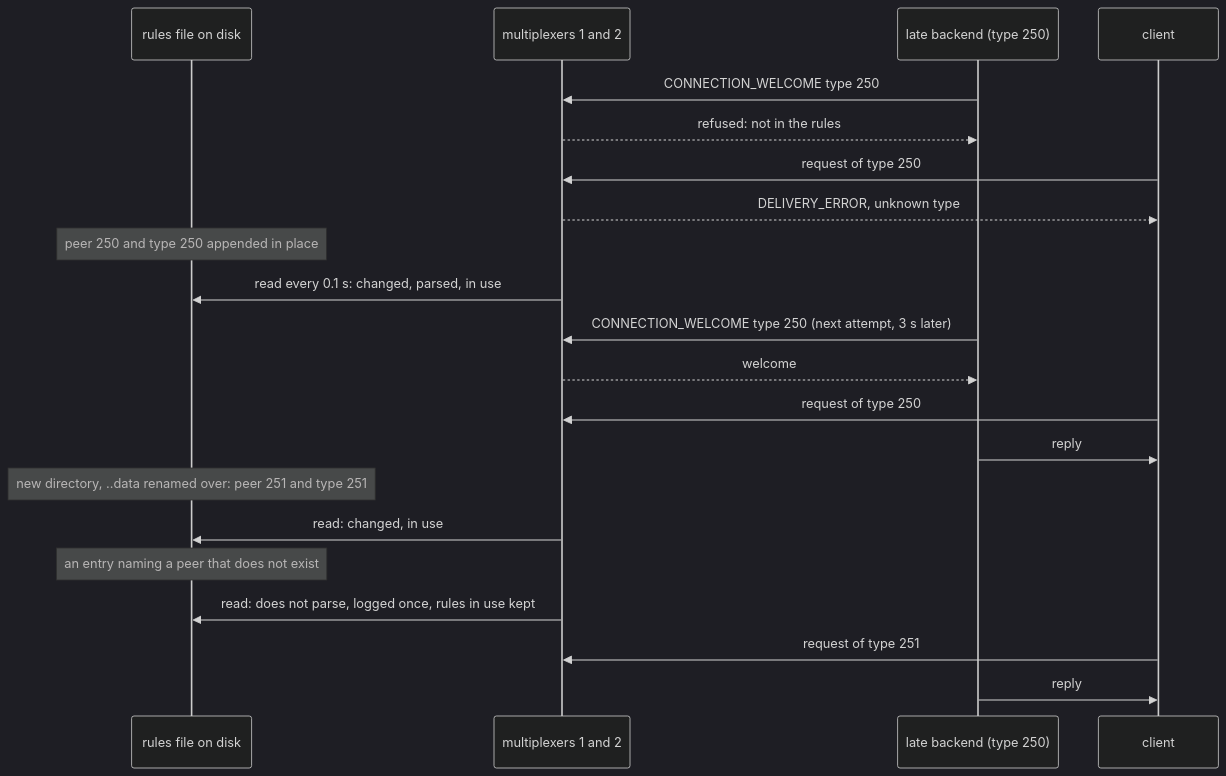
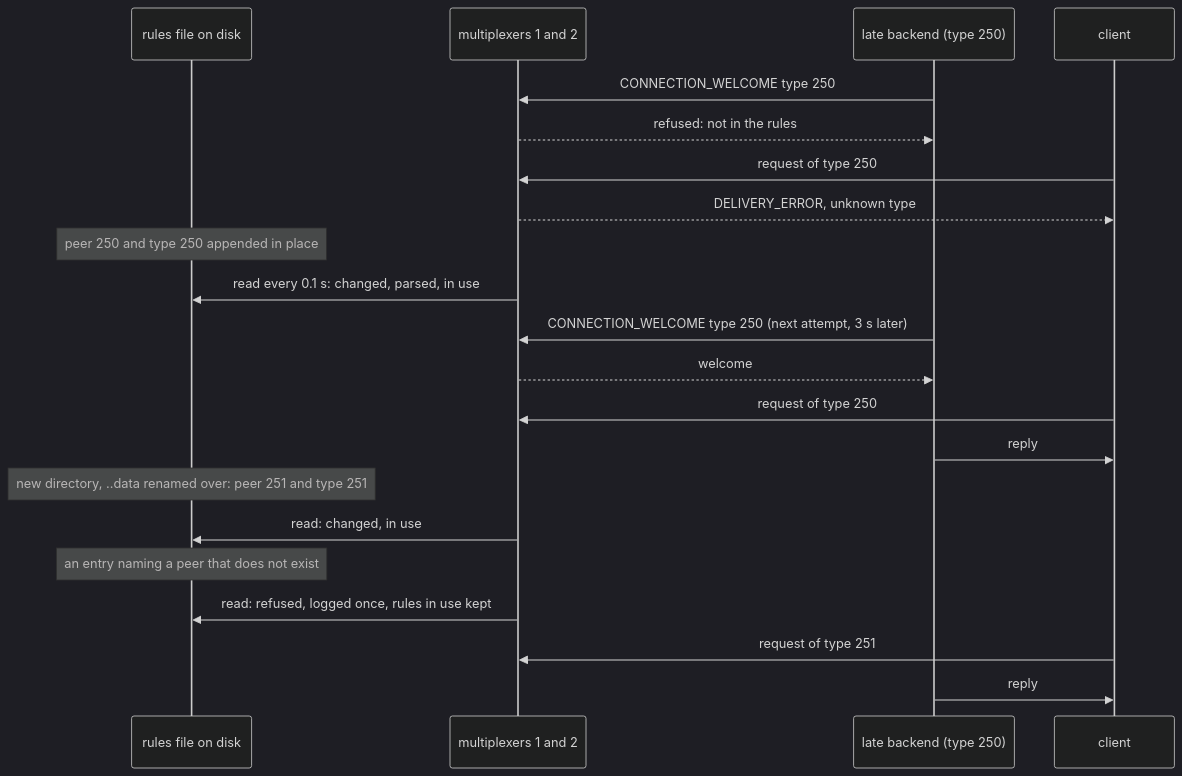
Before and after one commit to kulewski/multiplexer: the diagram in tests/scenarios/rules_edited_on_disk/README.md, drawn with Mermaid (dark theme). The commit also changed other lines of this file and 68 other files, not shown here.

First line of the commit message:
The multiplexer: the recording API and mxcontrol's recording commands, log lines written with write(2), rules files that cannot be read said with the reason, generate_constants, protocol types told to their sender

````diff
--- a/tests/scenarios/rules_edited_on_disk/README.md
+++ b/tests/scenarios/rules_edited_on_disk/README.md
@@ -24,23 +24,23 @@
 ```mermaid
 sequenceDiagram
     participant F as rules file on disk
     participant M as multiplexers 1 and 2
     participant B as late backend (type 250)
     participant C as client
     B->>M: CONNECTION_WELCOME type 250
     M-->>B: refused: not in the rules
     C->>M: request of type 250
     M-->>C: DELIVERY_ERROR, unknown type
     Note over F: peer 250 and type 250 appended in place
     M->>F: read every 0.1 s: changed, parsed, in use
     B->>M: CONNECTION_WELCOME type 250 (next attempt, 3 s later)
     M-->>B: welcome
     C->>M: request of type 250
     B->>C: reply
     Note over F: new directory, ..data renamed over: peer 251 and type 251
     M->>F: read: changed, in use
     Note over F: an entry naming a peer that does not exist
-    M->>F: read: does not parse, logged once, rules in use kept
+    M->>F: read: refused, logged once, rules in use kept
     C->>M: request of type 251
     B->>C: reply
 ```
````
